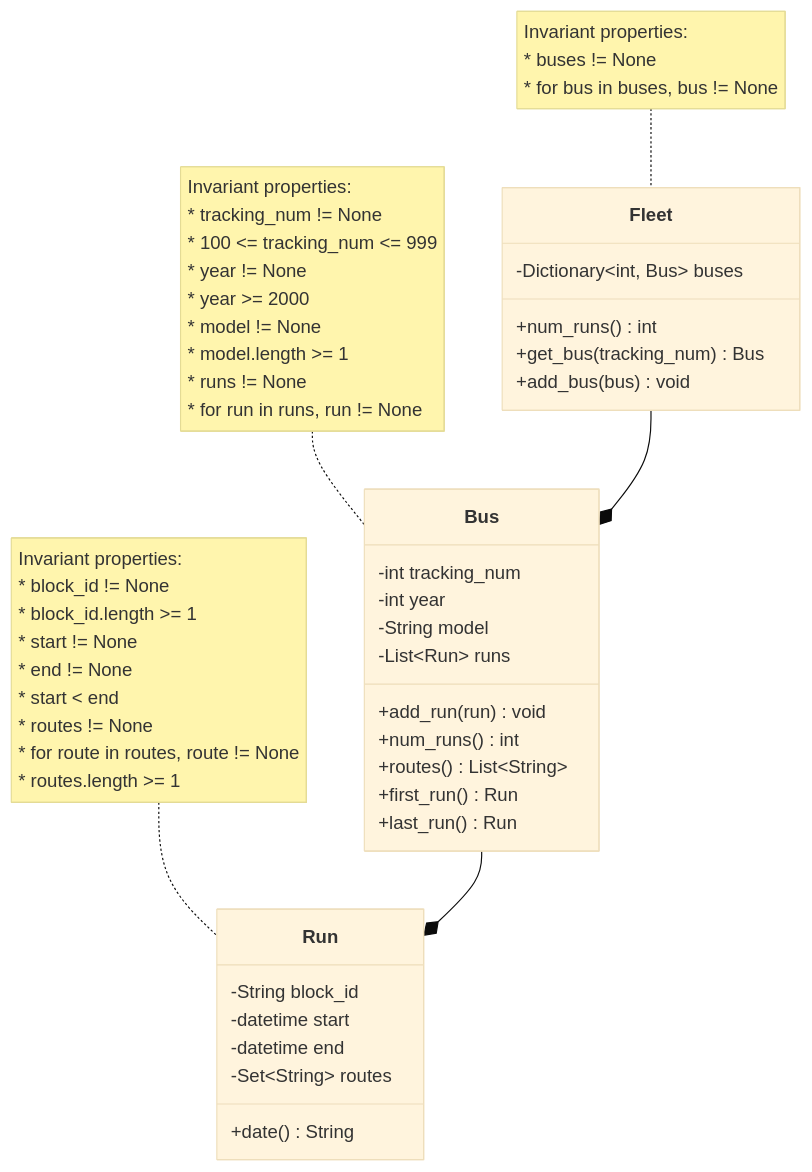
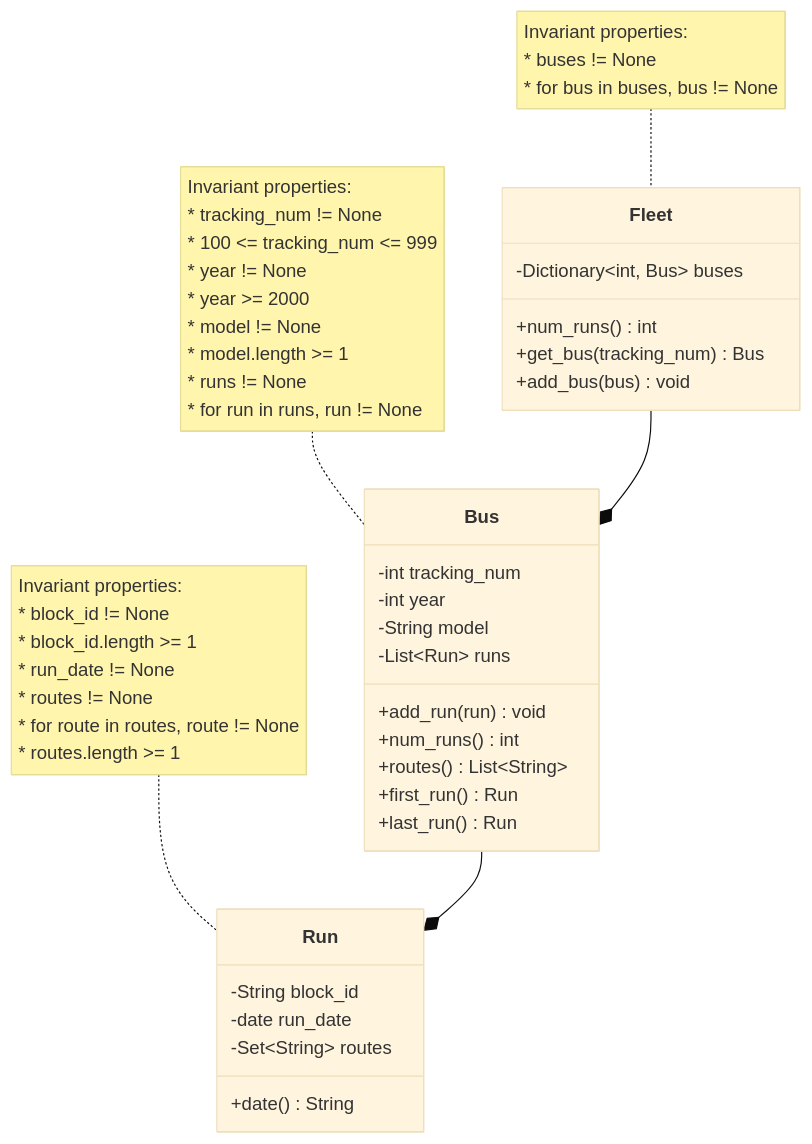
Before and after one commit to Michel-Prejet/zeb-tracker: the diagram in domain.md, drawn with Mermaid (base theme). The commit also changed 2 other files, not shown here.

Commit message:
Simplify Run to only contain date instead of start/end times

````diff
--- a/domain.md
+++ b/domain.md
@@ -5,63 +5,60 @@
 ```mermaid
 classDiagram
     class Fleet {
         -Dictionary~int, Bus~ buses
         
         +num_runs() int
         +get_bus(tracking_num) Bus
         +add_bus(bus) void
     }
     
     note for Fleet"Invariant properties:
     * buses != None
     * for bus in buses, bus != None
     "
     
     Fleet --* Bus
     
     class Bus {
         -int tracking_num
         -int year
         -String model
         -List~Run~ runs
         
         +add_run(run) void
         +num_runs() int
         +routes() List~String~
         +first_run() Run
         +last_run() Run
     }
 
     note for Bus "Invariant properties:
     * tracking_num != None
     * 100 <= tracking_num <= 999
     * year != None
     * year >= 2000
     * model != None
     * model.length >= 1
     * runs != None
     * for run in runs, run != None
     "
     
     Bus --* Run
     
     class Run {
         -String block_id
-        -datetime start
-        -datetime end
+        -date run_date
         -Set~String~ routes
         
         +date() String
     }
     
     note for Run"Invariant properties:
     * block_id != None
     * block_id.length >= 1
-    * start != None
-    * end != None
-    * start < end
+    * run_date != None
     * routes != None
     * for route in routes, route != None
     * routes.length >= 1
     "
 ```
````
